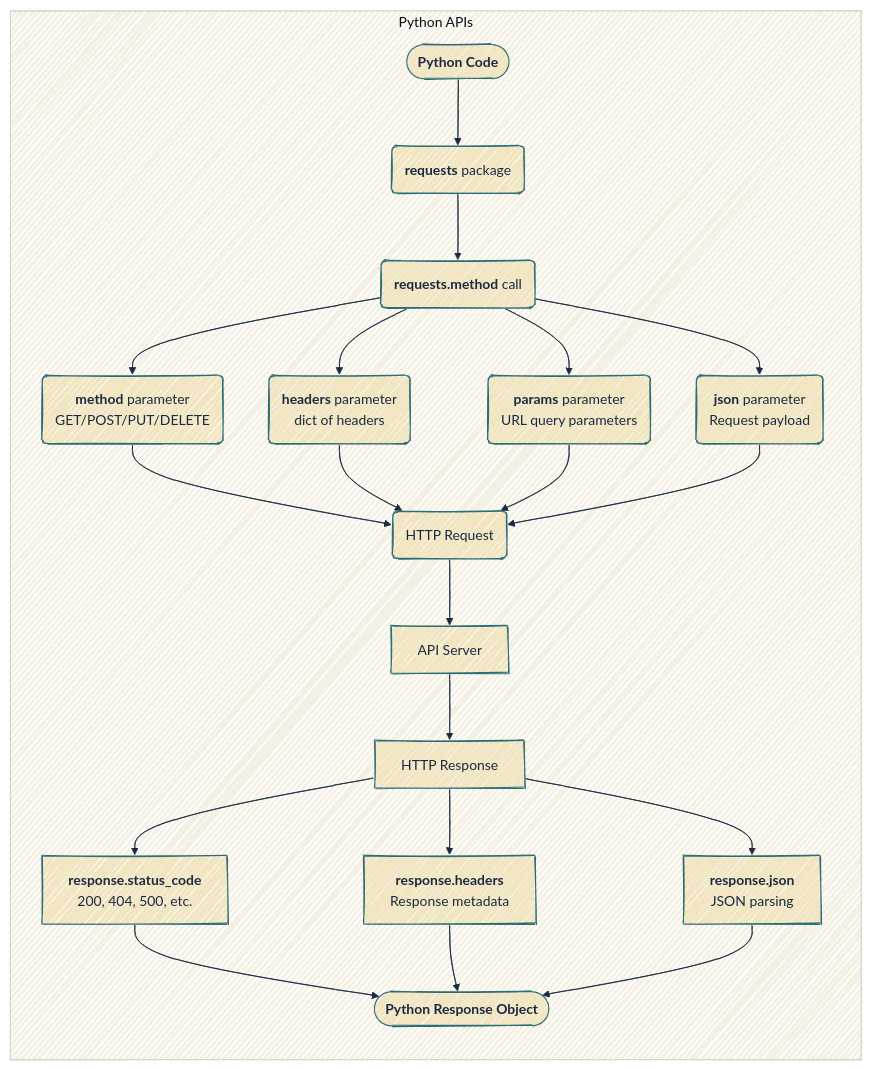
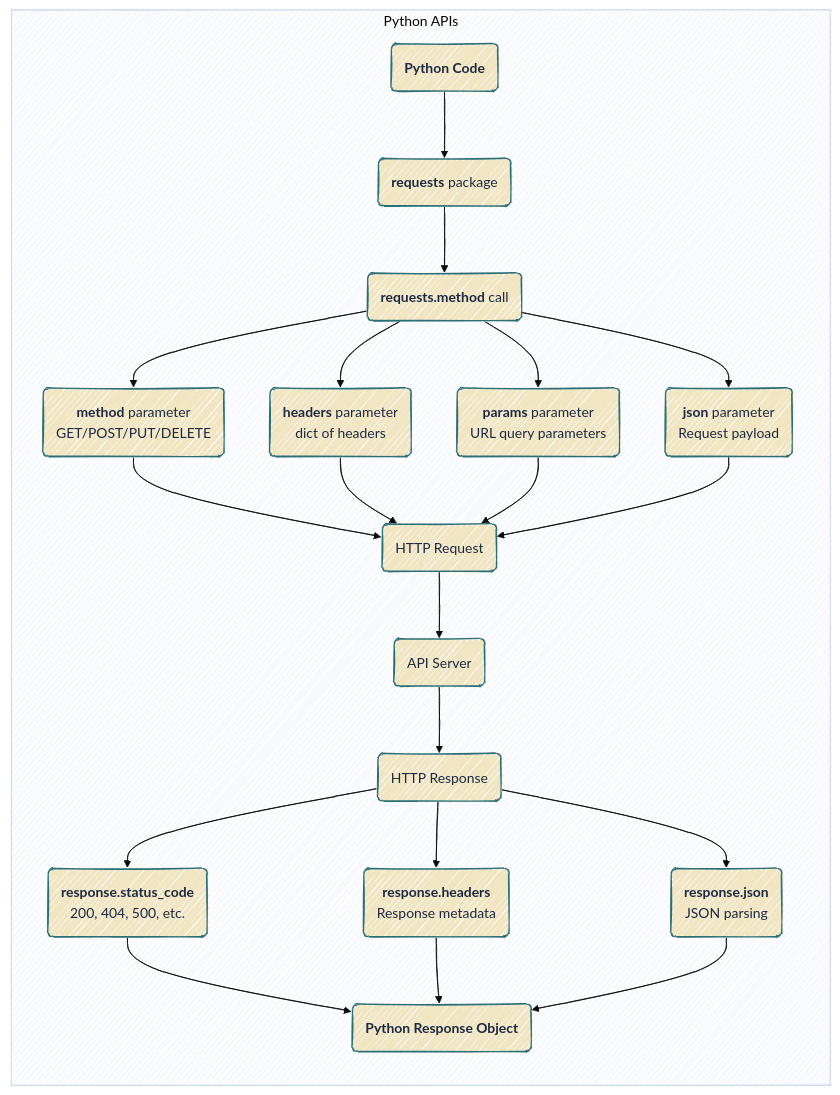
Before and after one commit to mjfrigaard/do4ds-labs: the fifth of 6 diagrams in lab03.qmd, drawn with Mermaid. The commit also changed other lines of this file and 37 other files, not shown here.

Commit message:
updates to mermaid

````diff
--- a/lab03.qmd
+++ b/lab03.qmd
@@ -254,27 +261,28 @@
 ```{mermaid}
-%%{init: {'theme': 'base', 'look': 'handDrawn', 'themeVariables': { 'fontFamily': 'monospace', 'primaryColor': '#F2E6C2', 'primaryBorderColor': '#2A6F77', 'primaryTextColor': '#1B2A41', 'secondaryColor': '#d4e7e4', 'tertiaryColor': '#f5f0e4', 'lineColor': '#1B2A41', 'edgeLabelBackground': '#F2E6C2'}}}%%
+%%{init: {'theme': 'base', 'look': 'handDrawn', 'themeVariables': {'fontFamily': 'monospace'}}}%%
 
 graph LR
 	subgraph "Python APIs"
-		A2(["<strong>Python Code</strong>"]) --> B2("<strong>requests</strong> package")
+		A2("<strong>Python Code</strong>") --> B2("<strong>requests</strong> package")
 		B2 --> C2("<strong>requests.method</strong> call")
-		C2 --> D2("<strong>method</strong> parameter<br/>GET/POST/PUT/DELETE")
-		C2 --> E2("<strong>headers</strong> parameter<br/>dict of headers")
-		C2 --> F2("<strong>params</strong> parameter<br/>URL query parameters")
-		C2 --> G2("<strong>json</strong> parameter<br/>Request payload")
+		C2 --> D2("<strong>method</strong> parameter<br>GET/POST/PUT/DELETE")
+		C2 --> E2("<strong>headers</strong> parameter<br>dict of headers")
+		C2 --> F2("<strong>params</strong> parameter<br>URL query parameters")
+		C2 --> G2("<strong>json</strong> parameter<br>Request payload")
 		D2 --> H2("HTTP Request")
 		E2 --> H2
 		F2 --> H2
 		G2 --> H2
-		H2 --> I2["API Server"]
-		I2 --> J2["HTTP Response"]
-		J2 --> K2["<strong>response.status_code</strong><br/>200, 404, 500, etc."]
-		J2 --> L2["<strong>response.headers</strong><br/>Response metadata"]
-		J2 --> M2["<strong>response.json</strong><br/>JSON parsing"]
-		K2 --> N2(["<strong>Python Response Object</strong>"])
+		H2 --> I2("API Server")
+		I2 --> J2("HTTP Response")
+		J2 --> K2("<strong>response.status_code</strong><br>200, 404, 500, etc.")
+		J2 --> L2("<strong>response.headers</strong><br>Response metadata")
+		J2 --> M2("<strong>response.json</strong><br>JSON parsing")
+		K2 --> N2("<strong>Python Response Object</strong>")
 		L2 --> N2
 		M2 --> N2
 	end
+    classDef default fill:#F2E6C2,stroke:#2A6F77,color:#1B2A41
 
     
 ```
````
